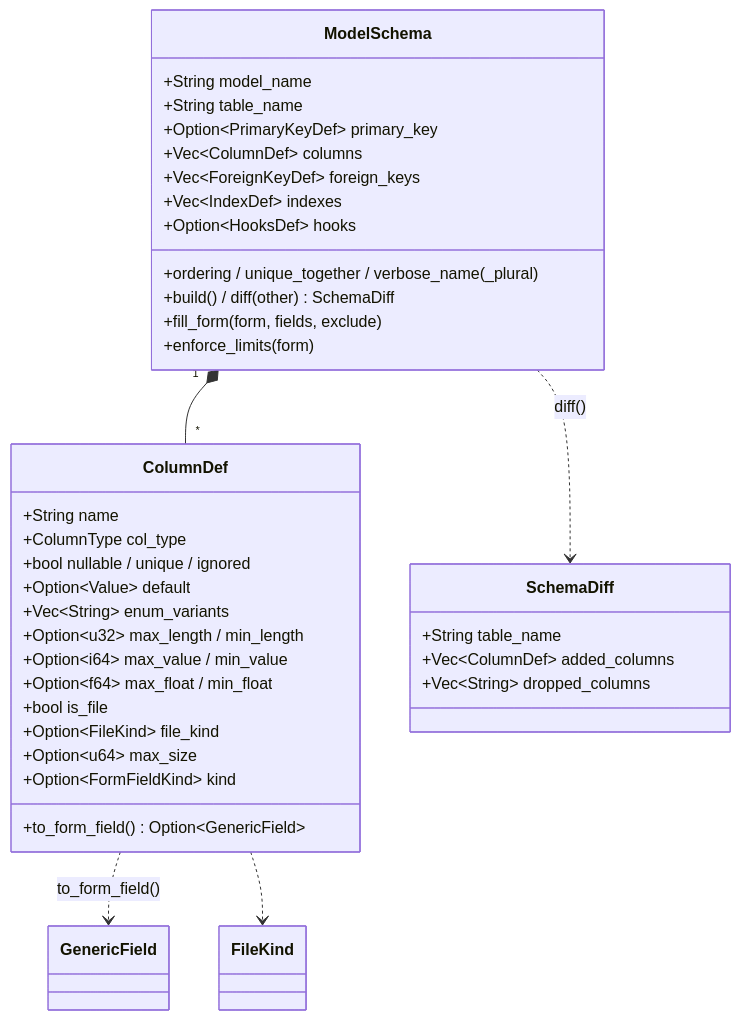
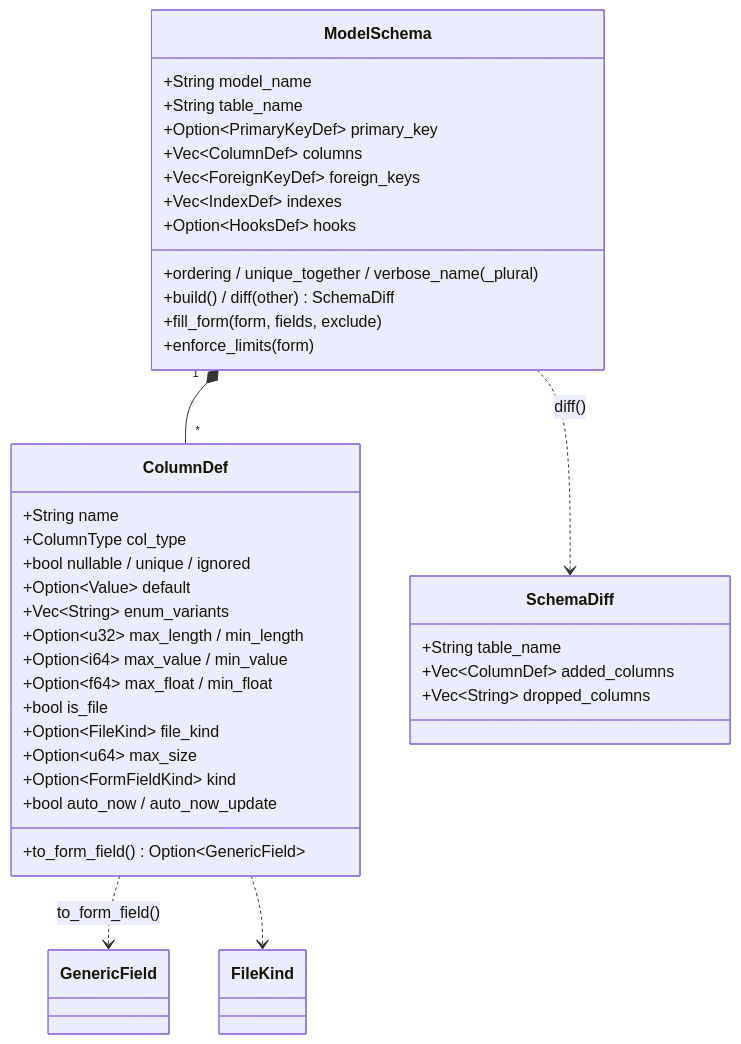
One commit to seb-alliot/runique changed the diagram in diagramme/uml/migration/schema-et-diff.md. Above: the diagram before and after it, drawn with Mermaid. The commit also changed other lines of this file and 131 other files, not shown here.

Commit message:
maj doc, change flow authenticated

````diff
--- a/diagramme/uml/migration/schema-et-diff.md
+++ b/diagramme/uml/migration/schema-et-diff.md
@@ -6,40 +6,41 @@
 ```mermaid
 classDiagram
     class ModelSchema {
         +String model_name
         +String table_name
         +Option~PrimaryKeyDef~ primary_key
         +Vec~ColumnDef~ columns
         +Vec~ForeignKeyDef~ foreign_keys
         +Vec~IndexDef~ indexes
         +Option~HooksDef~ hooks
         +ordering / unique_together / verbose_name(_plural)
         +build() / diff(other) SchemaDiff
         +fill_form(form, fields, exclude)
         +enforce_limits(form)
     }
     class ColumnDef {
         +String name
         +ColumnType col_type
         +bool nullable / unique / ignored
         +Option~Value~ default
         +Vec~String~ enum_variants
         +Option~u32~ max_length / min_length
         +Option~i64~ max_value / min_value
         +Option~f64~ max_float / min_float
         +bool is_file
         +Option~FileKind~ file_kind
         +Option~u64~ max_size
         +Option~FormFieldKind~ kind
+        +bool auto_now / auto_now_update
         +to_form_field() Option~GenericField~
     }
     class SchemaDiff {
         +String table_name
         +Vec~ColumnDef~ added_columns
         +Vec~String~ dropped_columns
     }
     ModelSchema "1" *-- "*" ColumnDef
     ModelSchema ..> SchemaDiff : diff()
     ColumnDef ..> GenericField : to_form_field()
     ColumnDef ..> FileKind
 ```
````
